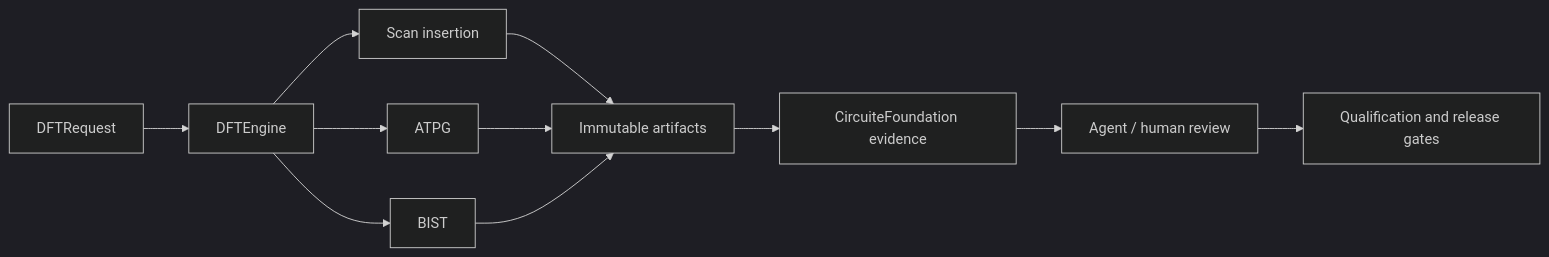
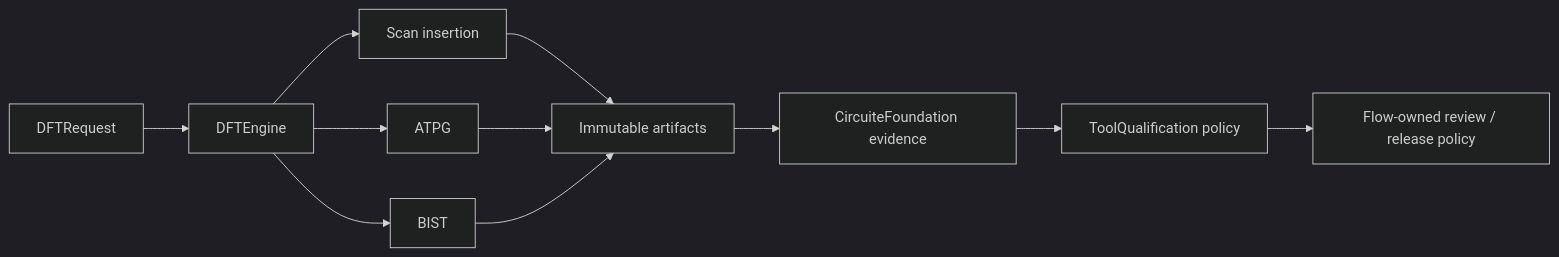
One commit to 1amageek/DFTEngine changed the diagram in README.md. Above: the diagram before and after it, drawn with Mermaid (dark theme). The commit also changed other lines of this file and 4 other files, not shown here.

````diff
--- a/README.md
+++ b/README.md
@@ -11,13 +11,13 @@
 ```mermaid
 flowchart LR
     Request["DFTRequest"] --> Engine["DFTEngine"]
     Engine --> Scan["Scan insertion"]
     Engine --> ATPG["ATPG"]
     Engine --> BIST["BIST"]
     Scan --> Artifacts["Immutable artifacts"]
     ATPG --> Artifacts
     BIST --> Artifacts
     Artifacts --> Foundation["CircuiteFoundation evidence"]
-    Foundation --> Review["Agent / human review"]
-    Review --> Qualification["Qualification and release gates"]
+    Foundation --> Trust["ToolQualification policy"]
+    Trust --> Review["Flow-owned review / release policy"]
 ```
````
